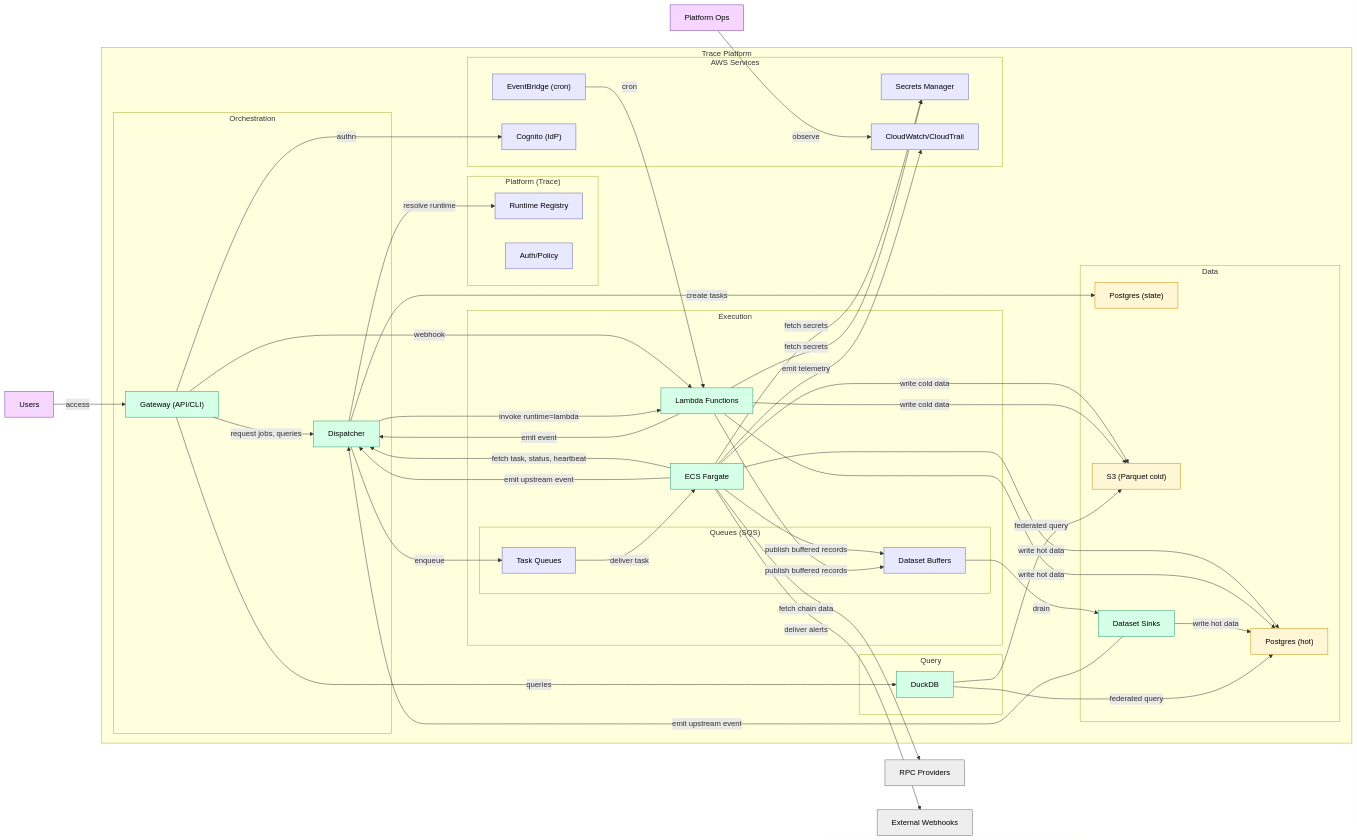
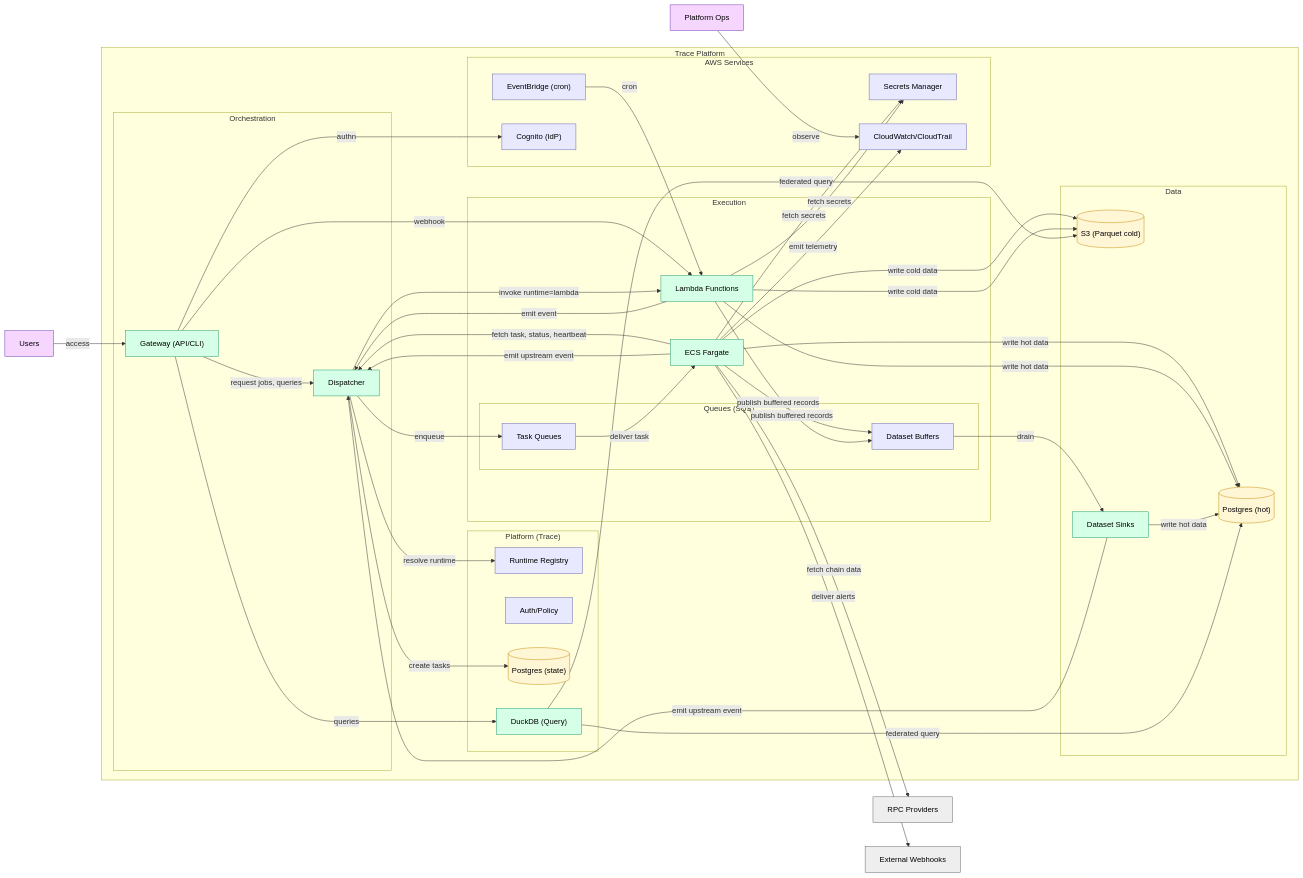
Before and after one commit to c7121/trace: the second of 6 diagrams in docs/readme.md, drawn with Mermaid.

Commit message:
diagram grouping

```diff
--- a/docs/readme.md
+++ b/docs/readme.md
@@ -120,17 +120,15 @@
             lambda["Lambda Functions"]:::container
         end
         subgraph Data["Data"]
-            postgres_state["Postgres (state)"]:::database
-            postgres_hot["Postgres (hot)"]:::database
-            s3["S3 (Parquet cold)"]:::database
+            postgres_hot[("Postgres (hot)")]:::database
+            s3[("S3 (Parquet cold)")]:::database
             sinks["Dataset Sinks"]:::container
-        end
-        subgraph Query["Query"]
-            duckdb["DuckDB"]:::container
         end
         subgraph TracePlatform["Platform (Trace)"]
             registry["Runtime Registry"]:::infra
             platformAuth["Auth/Policy"]:::infra
+            postgres_state[("Postgres (state)")]:::database
+            duckdb["DuckDB (Query)"]:::container
         end
         subgraph AWSServices["AWS Services"]
             eventbridge["EventBridge (cron)"]:::infra
```
